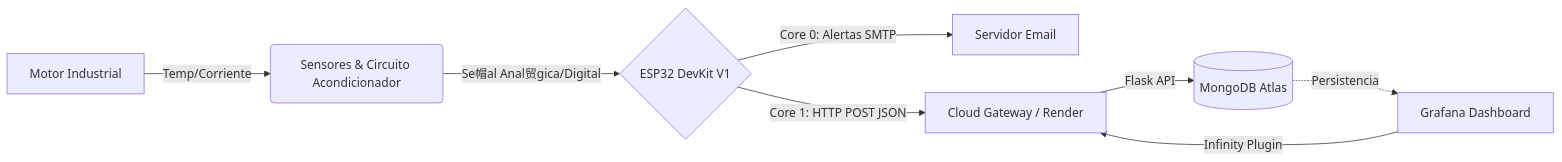
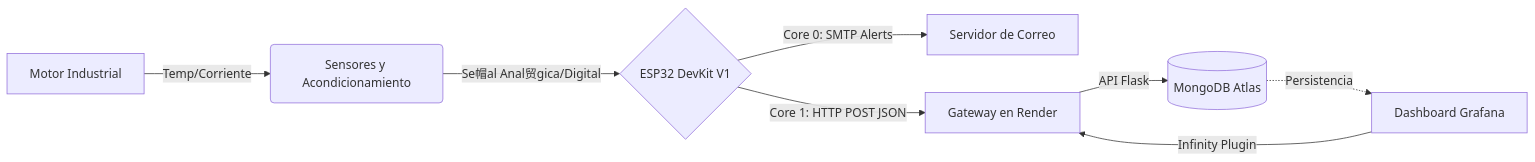
The diagram in README.md (Grajaka/IOTAdvancedPRGM), drawn with Mermaid before and after one commit. The commit also changed other lines of this file, not shown here.

````diff
--- a/README.md
+++ b/README.md
@@ -17,10 +31,10 @@
 ```mermaid
 graph LR
-    A[Motor Industrial] -->|Temp/Corriente| B(Sensores & Circuito Acondicionador)
+    A[Motor Industrial] -->|Temp/Corriente| B(Sensores y Acondicionamiento)
     B -->|Se帽al Anal贸gica/Digital| C{ESP32 DevKit V1}
-    C -->|Core 0: Alertas SMTP| D[Servidor Email]
-    C -->|Core 1: HTTP POST JSON| E[Cloud Gateway / Render]
-    E -->|Flask API| F[(MongoDB Atlas)]
-    G[Grafana Dashboard] -->|Infinity Plugin| E
+    C -->|Core 0: SMTP Alerts| D[Servidor de Correo]
+    C -->|Core 1: HTTP POST JSON| E[Gateway en Render]
+    E -->|API Flask| F[(MongoDB Atlas)]
+    G[Dashboard Grafana] -->|Infinity Plugin| E
     F -.->|Persistencia| G
 ```
````
